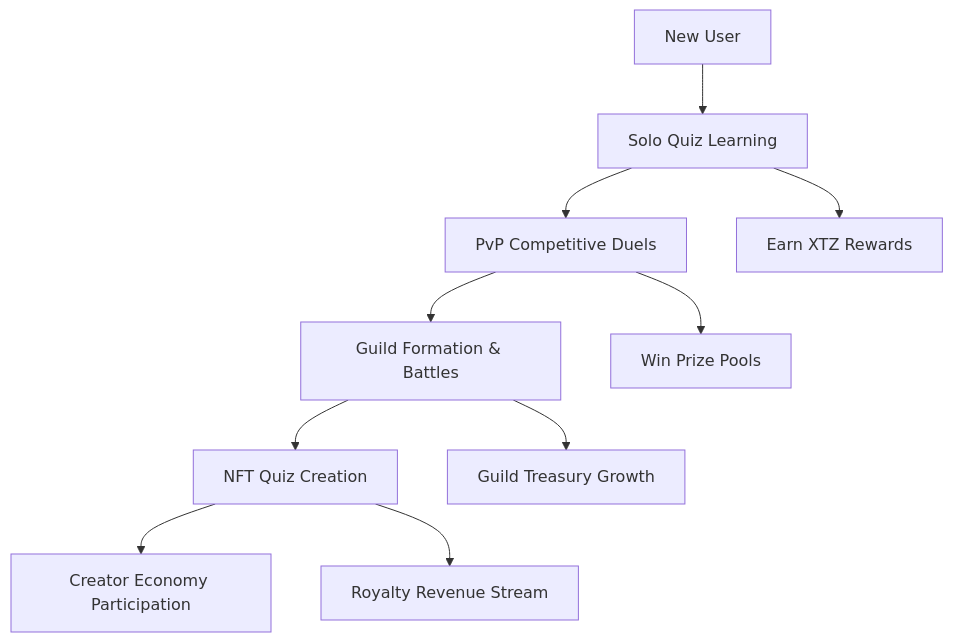
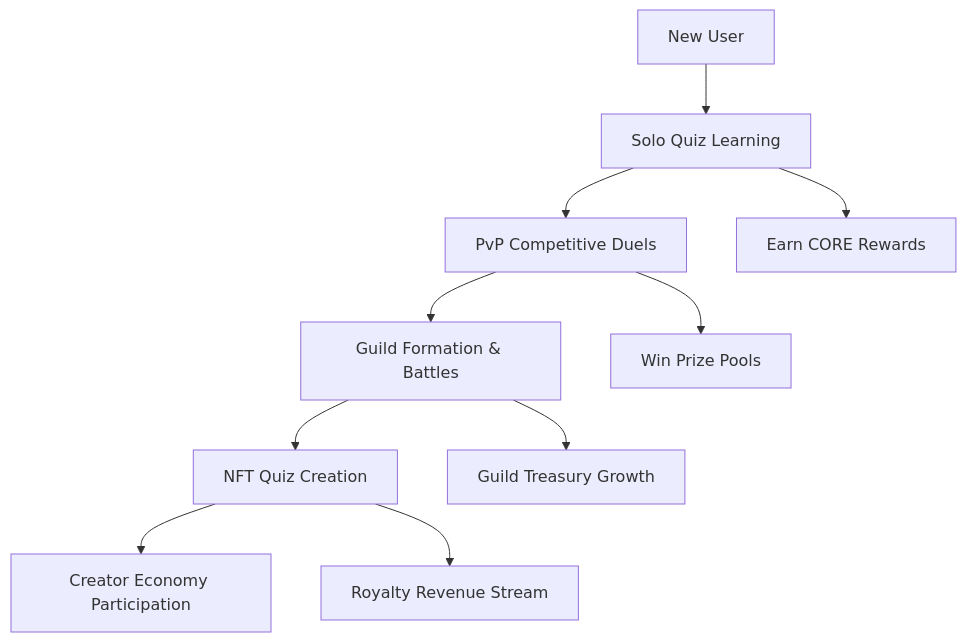
One commit to aeither/tezoro changed the first of 2 diagrams in TEZORO_ARCHITECTURE.md. Above: the diagram before and after it, drawn with Mermaid. The commit also changed other lines of this file and 13 other files, not shown here.

````diff
--- a/TEZORO_ARCHITECTURE.md
+++ b/TEZORO_ARCHITECTURE.md
@@ -9,13 +9,13 @@
 ```mermaid
 graph TD
     A[New User] --> B[Solo Quiz Learning]
     B --> C[PvP Competitive Duels]
     C --> D[Guild Formation & Battles]
     D --> E[NFT Quiz Creation]
     E --> F[Creator Economy Participation]
     
-    B --> B1[Earn XTZ Rewards]
+    B --> B1[Earn CORE Rewards]
     C --> C1[Win Prize Pools]
     D --> D1[Guild Treasury Growth]
     E --> E1[Royalty Revenue Stream]
 ```
````
